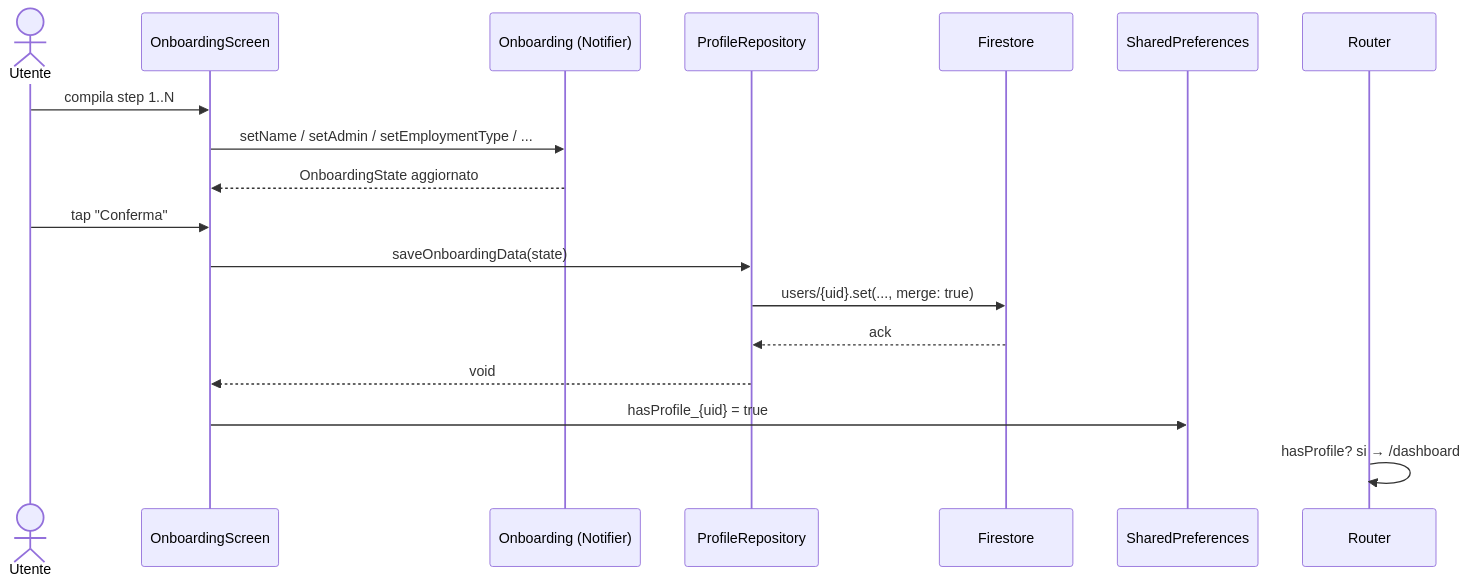
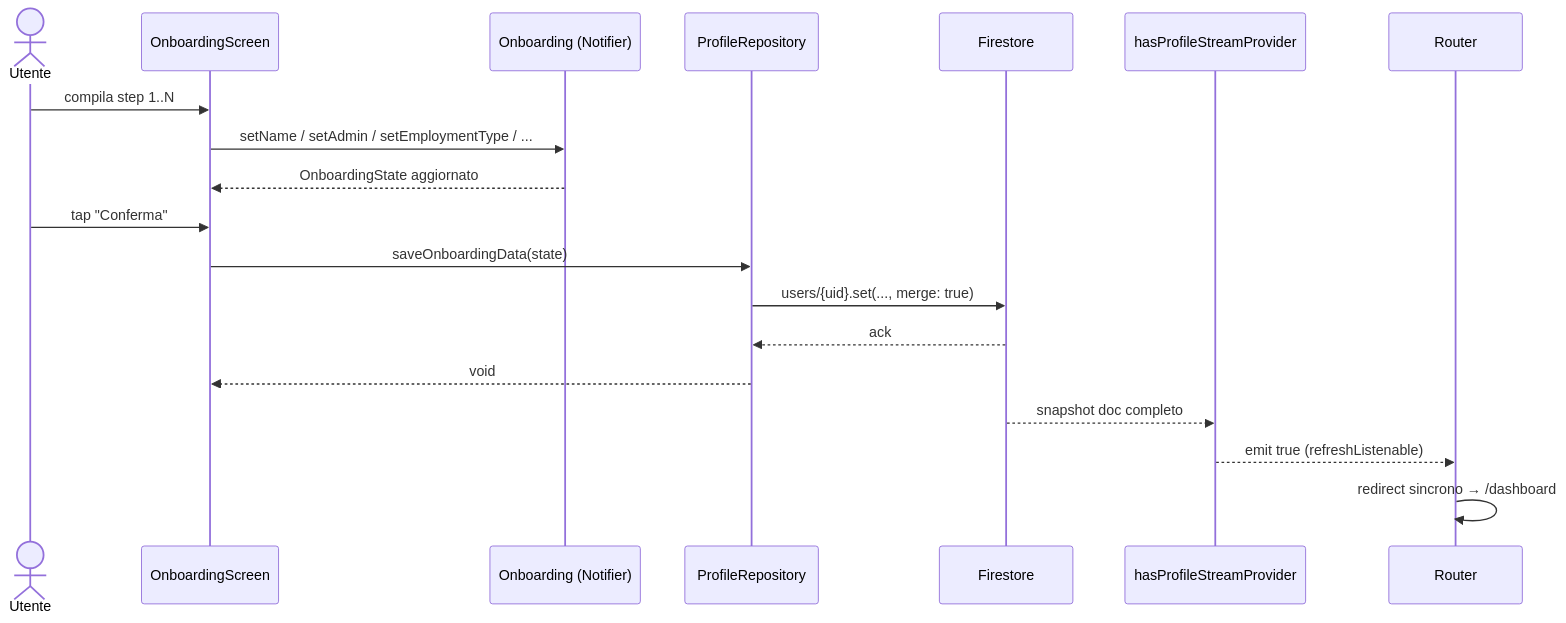
One commit to marcocipriani/chigio_time changed the diagram in docs/features/onboarding.md. Above: the diagram before and after it, drawn with Mermaid. The commit also changed other lines of this file and 2 other files, not shown here.

````diff
--- a/docs/features/onboarding.md
+++ b/docs/features/onboarding.md
@@ -23,21 +23,22 @@
 ```mermaid
 sequenceDiagram
     actor U as Utente
     participant OS as OnboardingScreen
     participant N as Onboarding (Notifier)
     participant PR as ProfileRepository
     participant FS as Firestore
-    participant SP as SharedPreferences
+    participant HP as hasProfileStreamProvider
     participant R as Router
 
     U->>OS: compila step 1..N
     OS->>N: setName / setAdmin / setEmploymentType / ...
     N-->>OS: OnboardingState aggiornato
     U->>OS: tap "Conferma"
     OS->>PR: saveOnboardingData(state)
     PR->>FS: users/{uid}.set(..., merge: true)
     FS-->>PR: ack
     PR-->>OS: void
-    OS->>SP: hasProfile_{uid} = true
-    R->>R: hasProfile? si → /dashboard
+    FS-->>HP: snapshot doc completo
+    HP-->>R: emit true (refreshListenable)
+    R->>R: redirect sincrono → /dashboard
 ```
````
